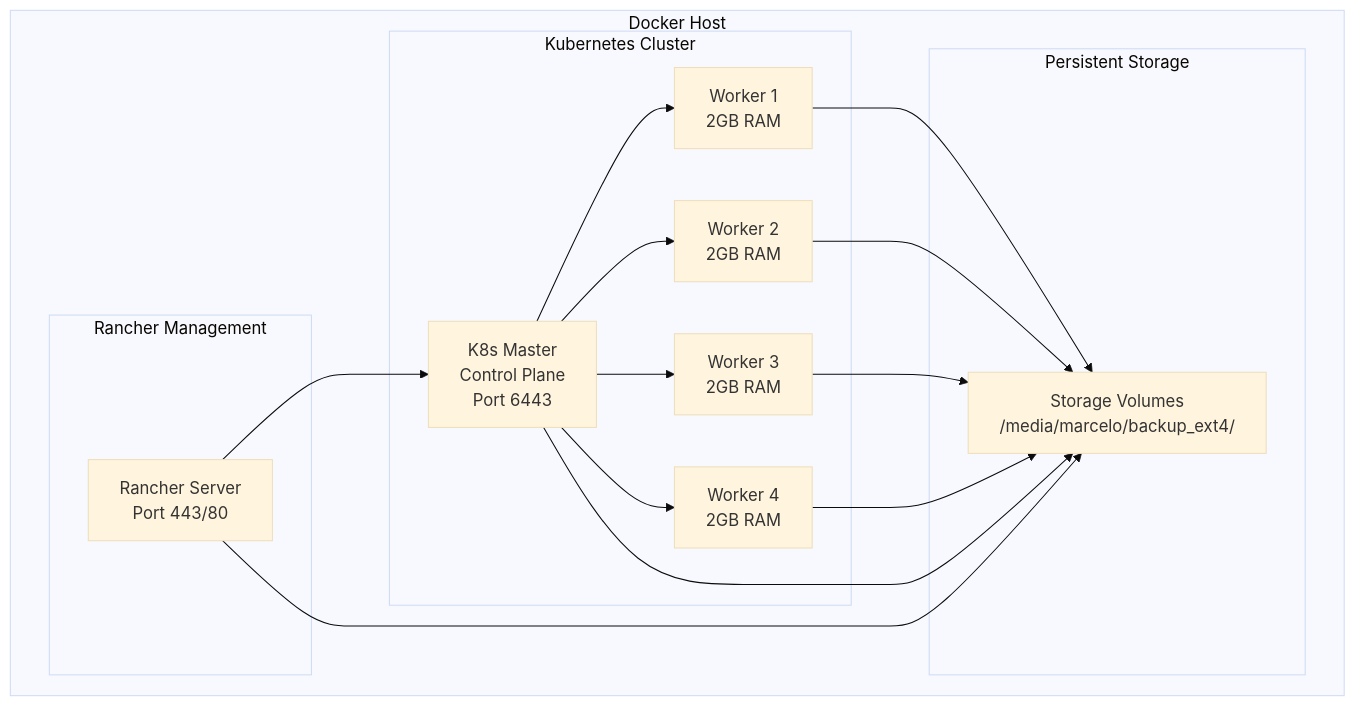
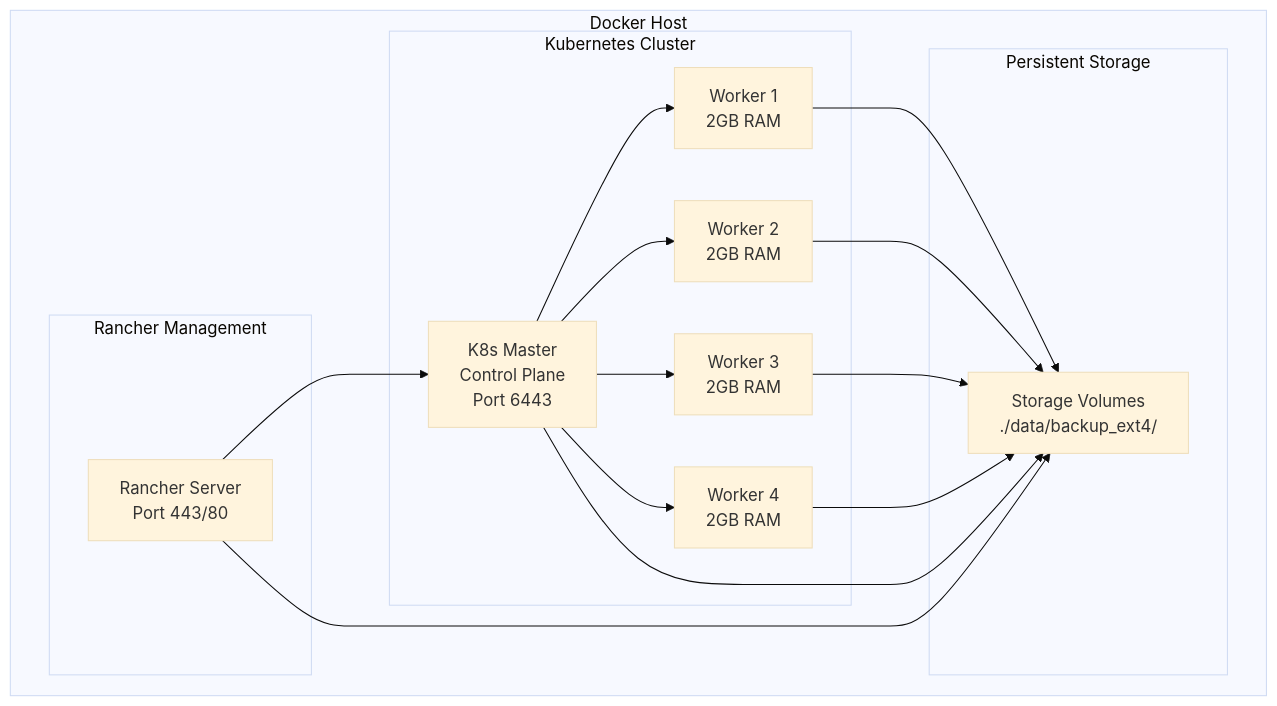
The diagram in docs/ARCHITECTURE.md (marcelolimagomes/simula-k8s-docker), drawn with Mermaid (base theme) before and after one commit. The commit also changed other lines of this file and 16 other files, not shown here.

````diff
--- a/docs/ARCHITECTURE.md
+++ b/docs/ARCHITECTURE.md
@@ -9,32 +9,32 @@
 ```mermaid
 graph TB
     subgraph "Docker Host"
         subgraph "Rancher Management"
             R["Rancher Server<br/>Port 443/80"]
         end
-        
+
         subgraph "Kubernetes Cluster"
             M["K8s Master<br/>Control Plane<br/>Port 6443"]
             W1["Worker 1<br/>2GB RAM"]
             W2["Worker 2<br/>2GB RAM"]
             W3["Worker 3<br/>2GB RAM"]
             W4["Worker 4<br/>2GB RAM"]
         end
-        
+
         subgraph "Persistent Storage"
-            V1["Storage Volumes<br/>/media/marcelo/backup_ext4/"]
+            V1["Storage Volumes<br/>./data/backup_ext4/"]
         end
     end
-    
+
     R --> M
     M --> W1
     M --> W2
     M --> W3
     M --> W4
     M --> V1
     R --> V1
     W1 --> V1
     W2 --> V1
     W3 --> V1
     W4 --> V1
 ```
````
